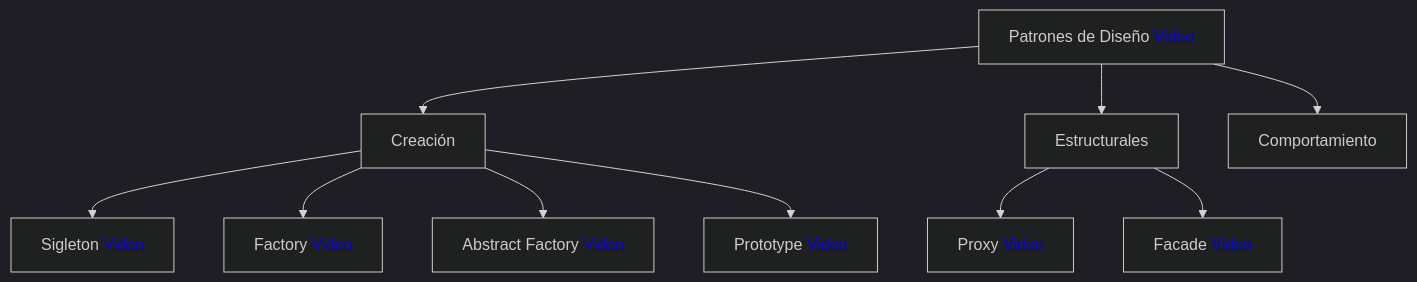
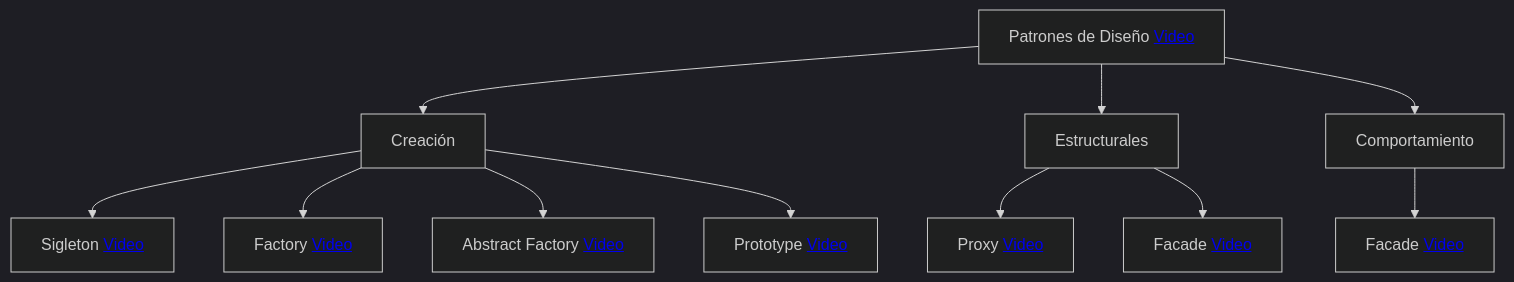
Before and after one commit to crodrigr/arquitectura-software: the diagram in Readme.md, drawn with Mermaid (dark theme).

````diff
--- a/Readme.md
+++ b/Readme.md
@@ -95,17 +95,21 @@
 ```mermaid
 flowchart TD
     A[Patrones de Diseño <a href='https://www.youtube.com/watch?v=cwfuydUHZ7o&list=PLvimn1Ins-41Uiugt1WbpyFo1XT1WOquL&index=1'>Video</a>] --> B[Creación]
     A -->C[Estructurales]
     A -->D[Comportamiento]
     B -->E[Sigleton <a href='https://www.youtube.com/watch?v=gocJeOHtj9w&list=PLvimn1Ins-41Uiugt1WbpyFo1XT1WOquL&index=2'>Video</a>] 
     B -->F[Factory  <a href='https://www.youtube.com/watch?v=R6Ef64hDwGo&list=PLvimn1Ins-41Uiugt1WbpyFo1XT1WOquL&index=3'>Video</a>]
     B -->G[Abstract Factory <a href='https://www.youtube.com/watch?v=QmE-o5R7ZF4&list=PLvimn1Ins-41Uiugt1WbpyFo1XT1WOquL&index=4'>Video</a>]
     B -->H[Prototype <a href='https://www.youtube.com/watch?v=M3VT1v54cq4&list=PLvimn1Ins-41Uiugt1WbpyFo1XT1WOquL&index=5'>Video</a>]
     C -->I[Proxy <a href='https://www.youtube.com/watch?v=LUJbqdthTzA&list=PLvimn1Ins-41Uiugt1WbpyFo1XT1WOquL&index=8'>Video</a>]
     C -->J[Facade <a href='https://www.youtube.com/watch?v=6dYwdDbhpwQ&list=PLvimn1Ins-41Uiugt1WbpyFo1XT1WOquL&index=6'>Video</a>]
+    D -->k[Facade <a href='https://www.youtube.com/watch?v=Q5CL1b-FD9E&list=PLvimn1Ins-41Uiugt1WbpyFo1XT1WOquL&index=10'>Video</a>]
+
+
+
 
 
 
     
     
 ```
````
